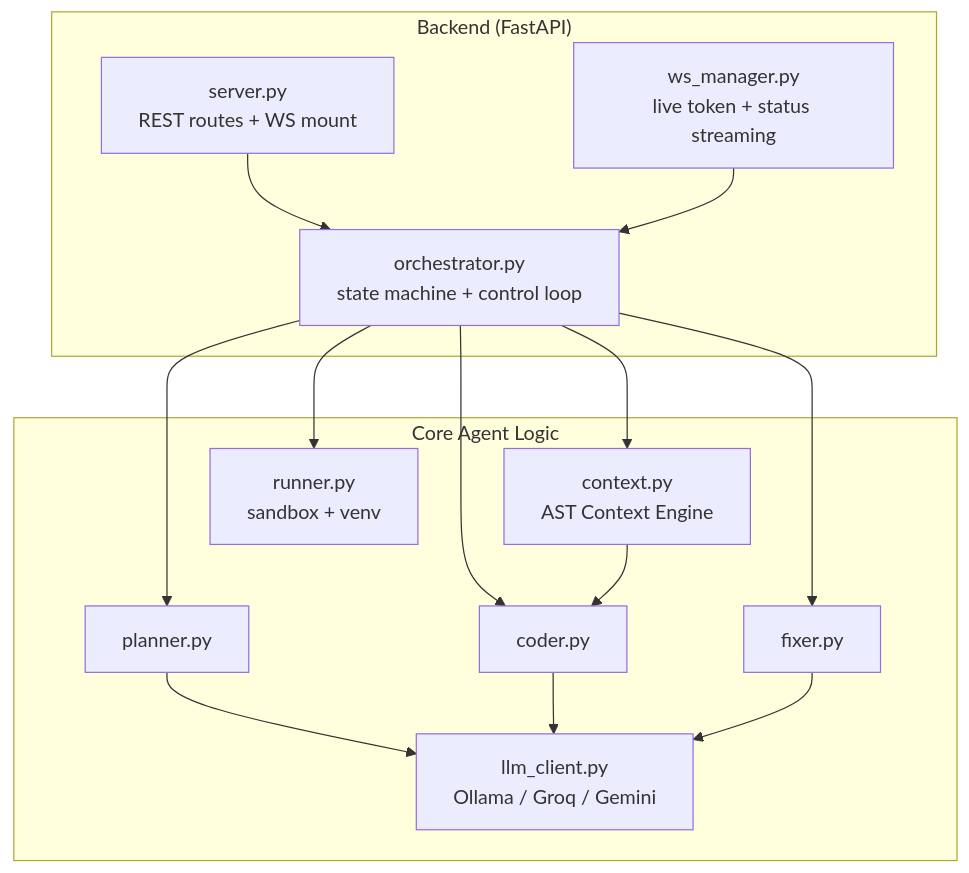
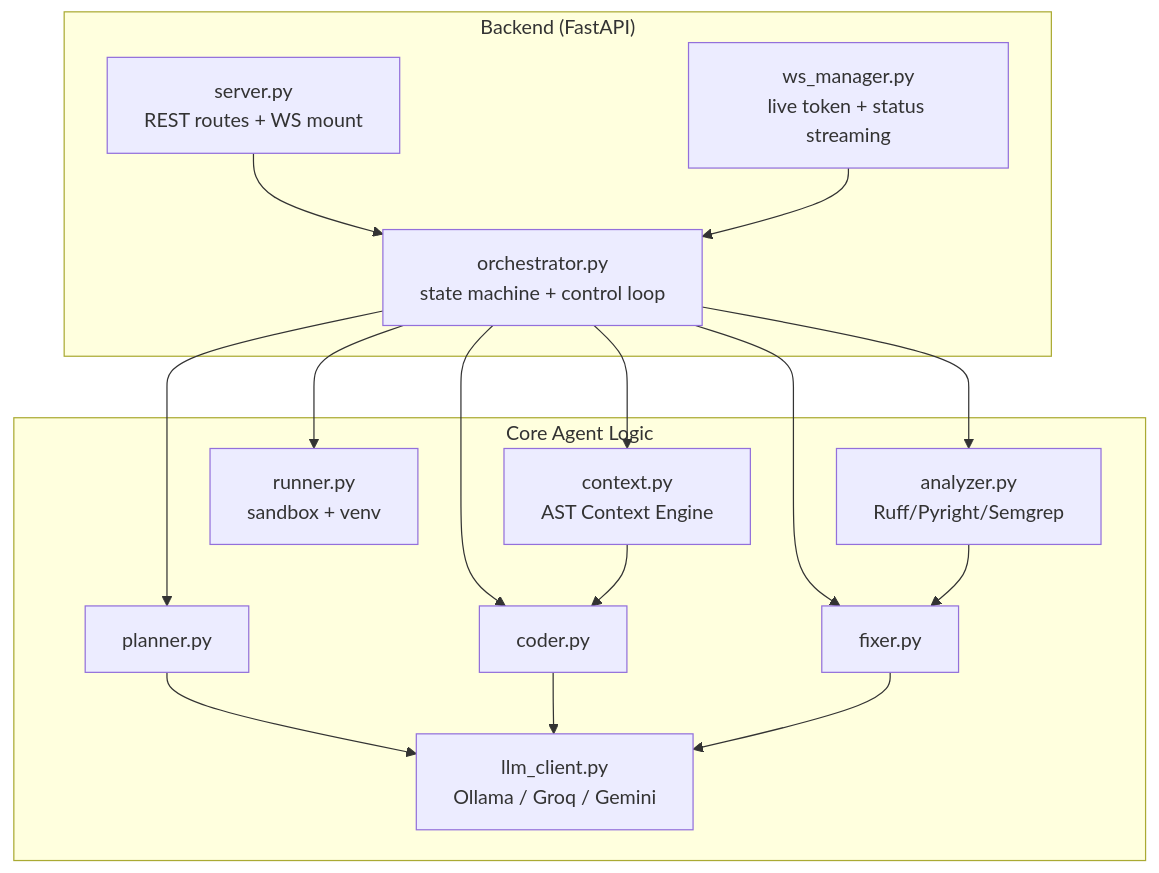
One commit to abhinav-vasudevan/Context-agent changed the fifth of 11 diagrams in Context_Agent_Approach_Document.md. Above: the diagram before and after it, drawn with Mermaid. The commit also changed other lines of this file and 14 other files, not shown here.

Commit message:
deep semantic analyser(Ruff, Pyright, Semgrep)

````diff
--- a/Context_Agent_Approach_Document.md
+++ b/Context_Agent_Approach_Document.md
@@ -220,29 +225,32 @@
 ```mermaid
 flowchart TB
     subgraph Server["Backend (FastAPI)"]
         API[server.py<br/>REST routes + WS mount]
         Orc[orchestrator.py<br/>state machine + control loop]
         WSM[ws_manager.py<br/>live token + status streaming]
     end
 
     subgraph Core["Core Agent Logic"]
         Plan[planner.py]
         Ctx[context.py<br/>AST Context Engine]
         Coder[coder.py]
         Fix[fixer.py]
         Run[runner.py<br/>sandbox + venv]
         LLM[llm_client.py<br/>Ollama / Groq / Gemini]
+        Ana[analyzer.py<br/>Ruff/Pyright/Semgrep]
     end
 
     API --> Orc
     WSM --> Orc
     Orc --> Plan
     Orc --> Ctx
     Orc --> Coder
     Orc --> Fix
     Orc --> Run
+    Orc --> Ana
     Plan --> LLM
     Coder --> LLM
     Fix --> LLM
+    Ana --> Fix
     Ctx --> Coder
 ```
````
